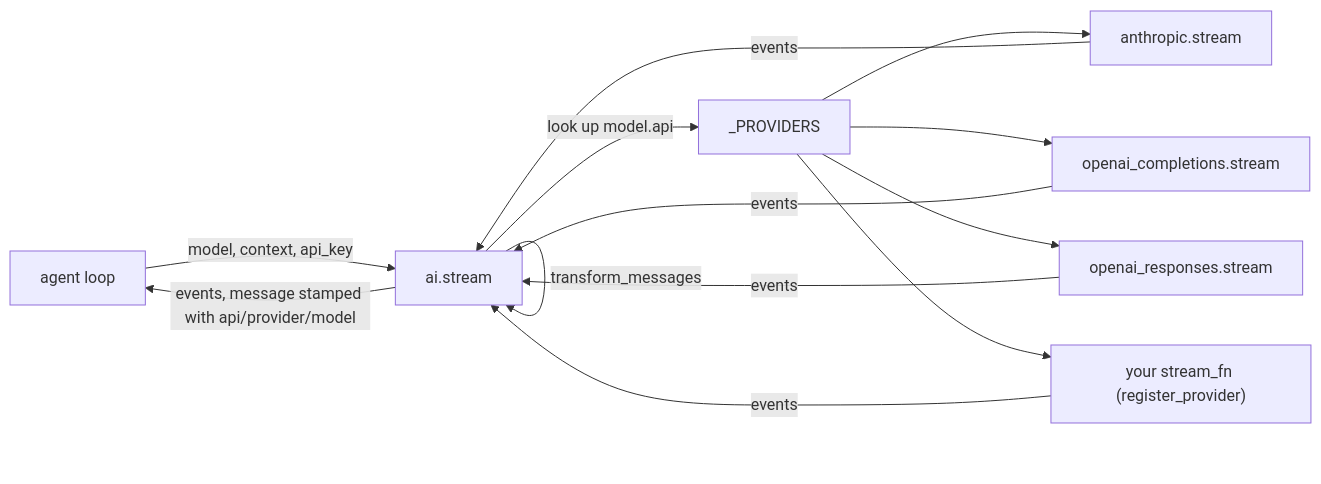
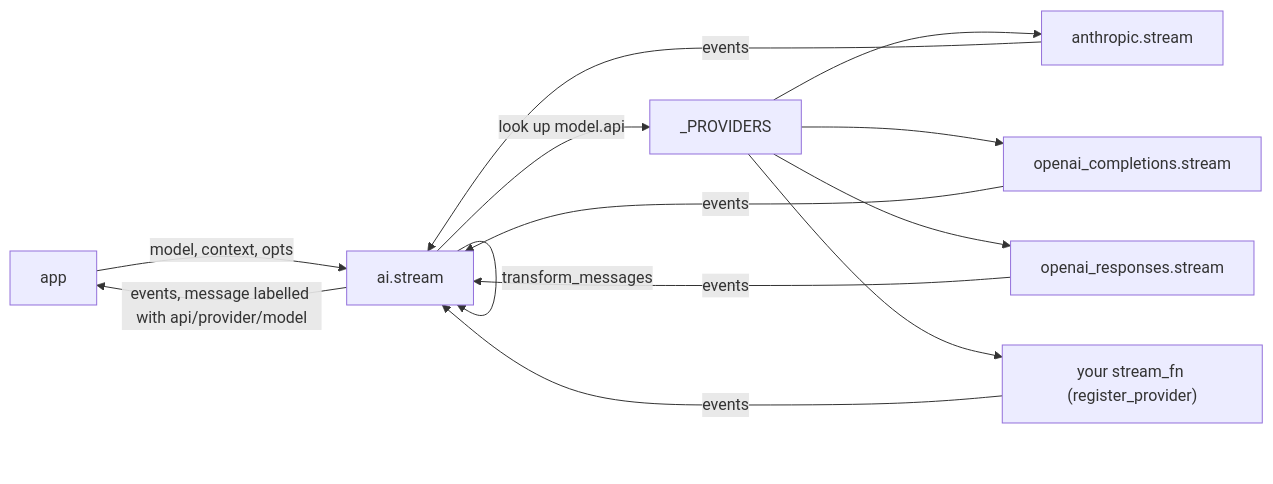
The second of 3 diagrams in docs/guidebook/04-label-test.md (danhugo/simp-agent), drawn with Mermaid before and after one commit. The commit also changed other lines of this file and 2 other files, not shown here.

Commit message:
guidebook ch04: rewrite against checklist (example first, one term Label, one FakeProvider explanation)

````diff
--- a/docs/guidebook/04-label-test.md
+++ b/docs/guidebook/04-label-test.md
@@ -63,12 +61,12 @@
 ```mermaid
 flowchart LR
-    L["agent loop"] -->|"model, context, api_key"| S["ai.stream"]
+    L["app"] -->|"model, context, opts"| S["ai.stream"]
     S -->|"look up model.api"| R["_PROVIDERS"]
     S -->|"transform_messages"| S
     R --> A["anthropic.stream"]
     R --> C["openai_completions.stream"]
     R --> P["openai_responses.stream"]
     R --> U["your stream_fn (register_provider)"]
     A & C & P & U -->|"events"| S
-    S -->|"events, message stamped with api/provider/model"| L
+    S -->|"events, message labelled with api/provider/model"| L
 ```
````
